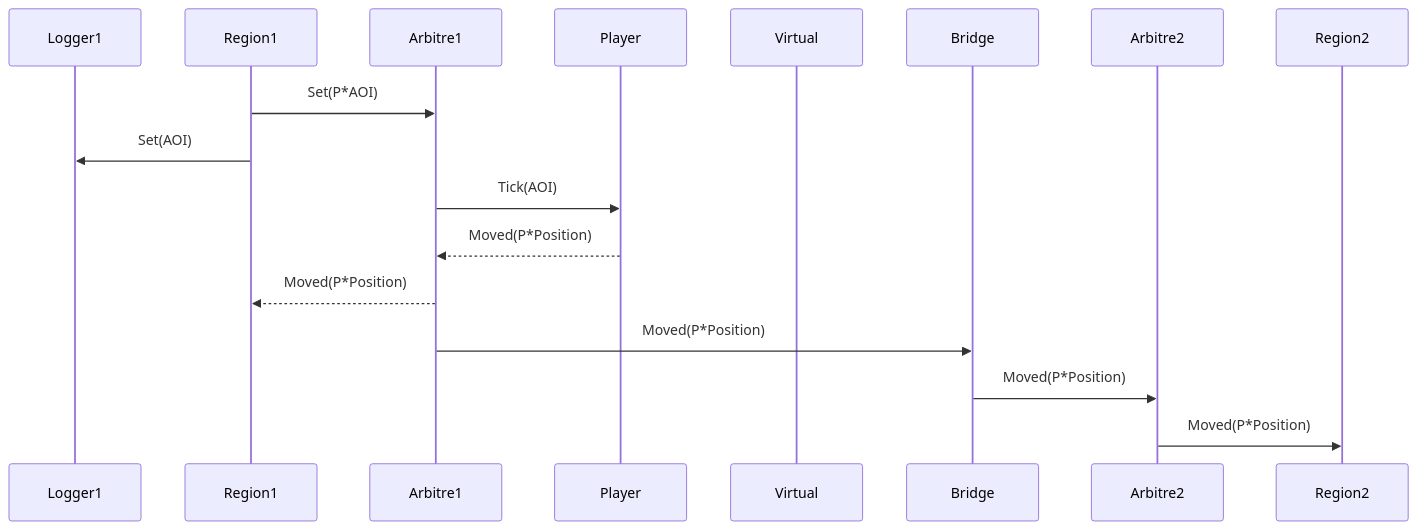
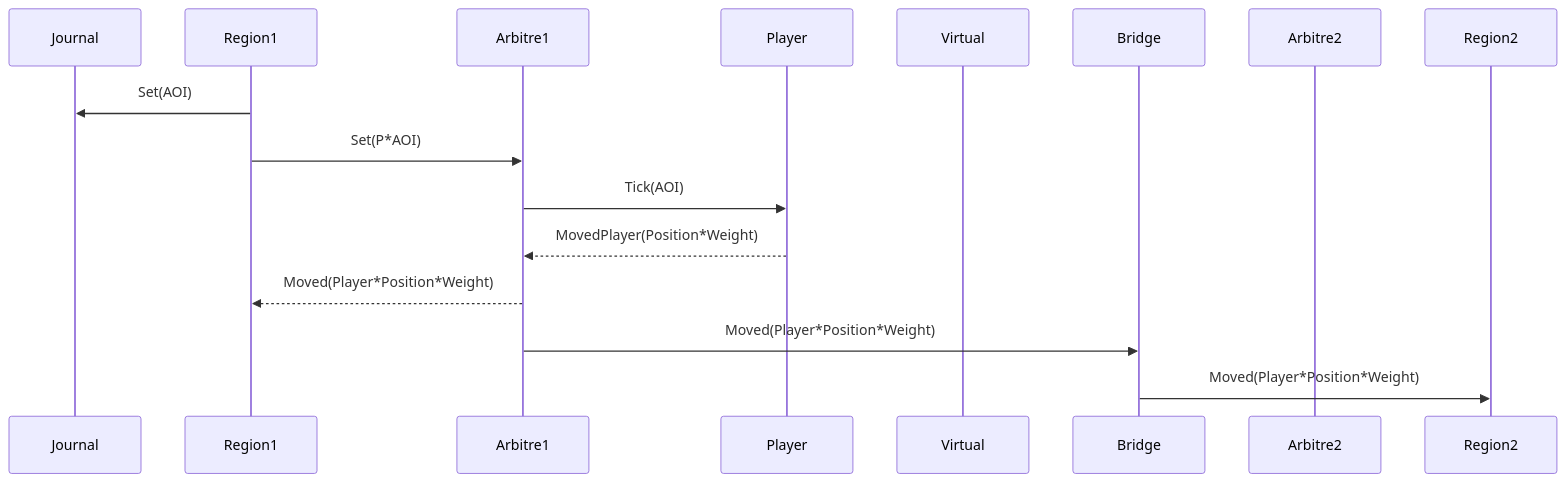
One commit to agtors/agar.core changed the diagram in doc/remote-interaction-between-players.mermaid. Above: the diagram before and after it, drawn with Mermaid. The commit also changed 16 other files, not shown here.

Commit message:
Review conflict management: - Mermaid sequence diagrams reviewed - Enforce tests checking player actor reference - Remove codez related to bridging capability - Player notify ASAP the region when it has been killed - Code linter provided by IntellijIdea applied

```diff
--- a/doc/remote-interaction-between-players.mermaid
+++ b/doc/remote-interaction-between-players.mermaid
@@ -1,18 +1,17 @@
 sequenceDiagram
-    participant Logger1
+    participant Journal
     participant Region1
     participant Arbitre1
     participant Player
     participant Virtual
     participant Bridge
     participant Arbitre2
     participant Region2
 
+Region1  ->>  Journal:Set(AOI)
 Region1  ->>  Arbitre1:Set(P*AOI)
-Region1  ->>  Logger1:Set(AOI)
 Arbitre1 ->>  Player:Tick(AOI)
-Player   -->> Arbitre1: Moved(P*Position)
-Arbitre1 -->> Region1:Moved(P*Position)
-Arbitre1 ->>  Bridge:Moved(P*Position)
-Bridge   ->>  Arbitre2:Moved(P*Position)
-Arbitre2 ->>  Region2:Moved(P*Position)
+Player   -->> Arbitre1: MovedPlayer(Position*Weight)
+Arbitre1 -->> Region1:Moved(Player*Position*Weight)
+Arbitre1 ->>  Bridge:Moved(Player*Position*Weight)
+Bridge   ->>  Region2:Moved(Player*Position*Weight)
```
